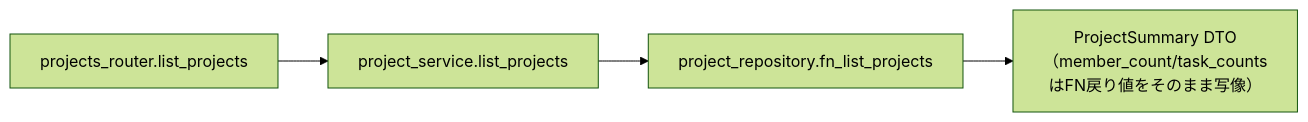
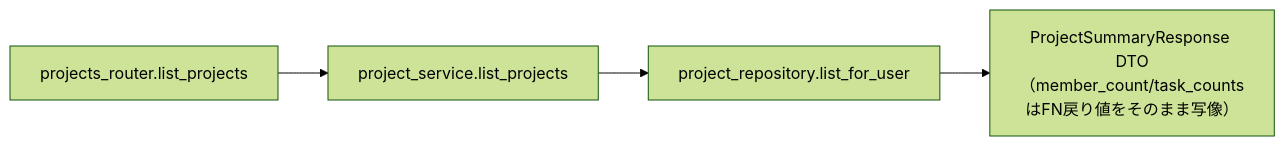
Before and after one commit to oikawa-d/task_management: the third of 4 diagrams in docs/detailed_design/api/projects/01_get_projects.md, drawn with Mermaid (forest theme). The commit also changed other lines of this file and 8 other files, not shown here.

````diff
--- a/docs/detailed_design/api/projects/01_get_projects.md
+++ b/docs/detailed_design/api/projects/01_get_projects.md
@@ -199,6 +199,6 @@
 ```mermaid
 flowchart LR
     R["projects_router.list_projects"] --> S["project_service.list_projects"]
-    S --> RP["project_repository.fn_list_projects"]
-    RP --> M["ProjectSummary DTO（member_count/task_countsはFN戻り値をそのまま写像）"]
+    S --> RP["project_repository.list_for_user"]
+    RP --> M["ProjectSummaryResponse DTO（member_count/task_countsはFN戻り値をそのまま写像）"]
 ```
````
